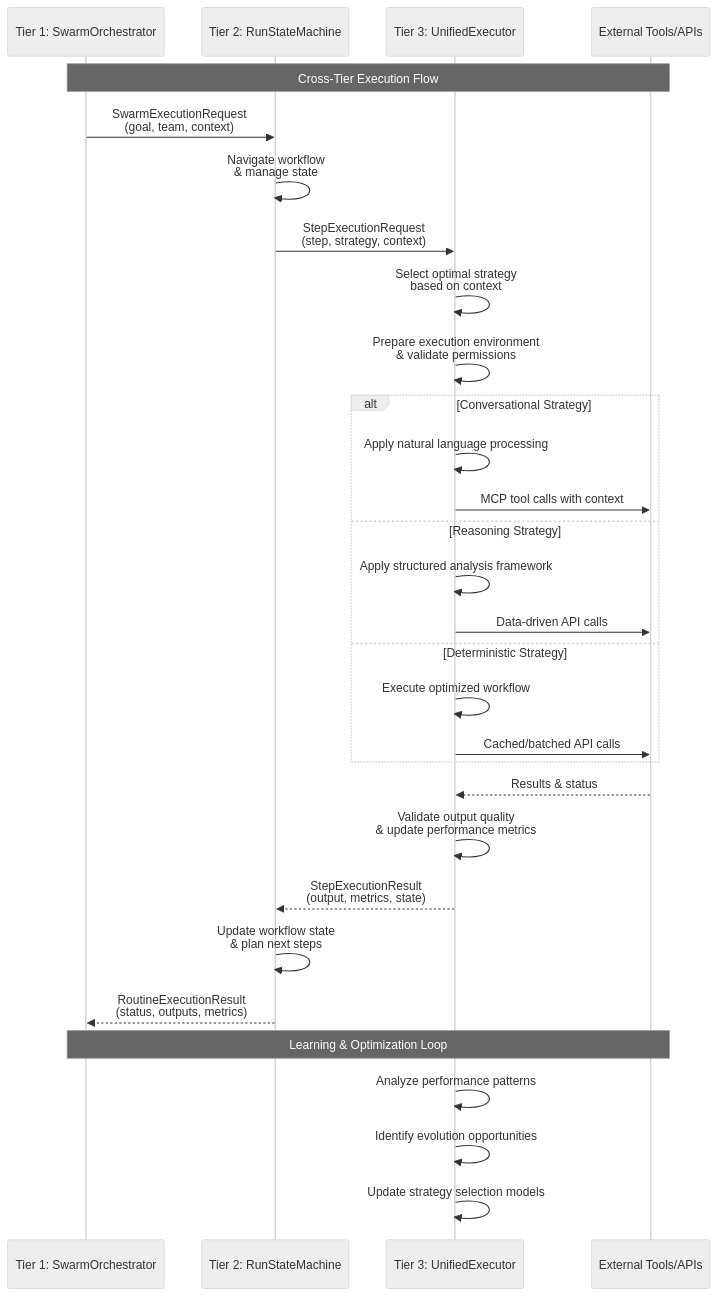
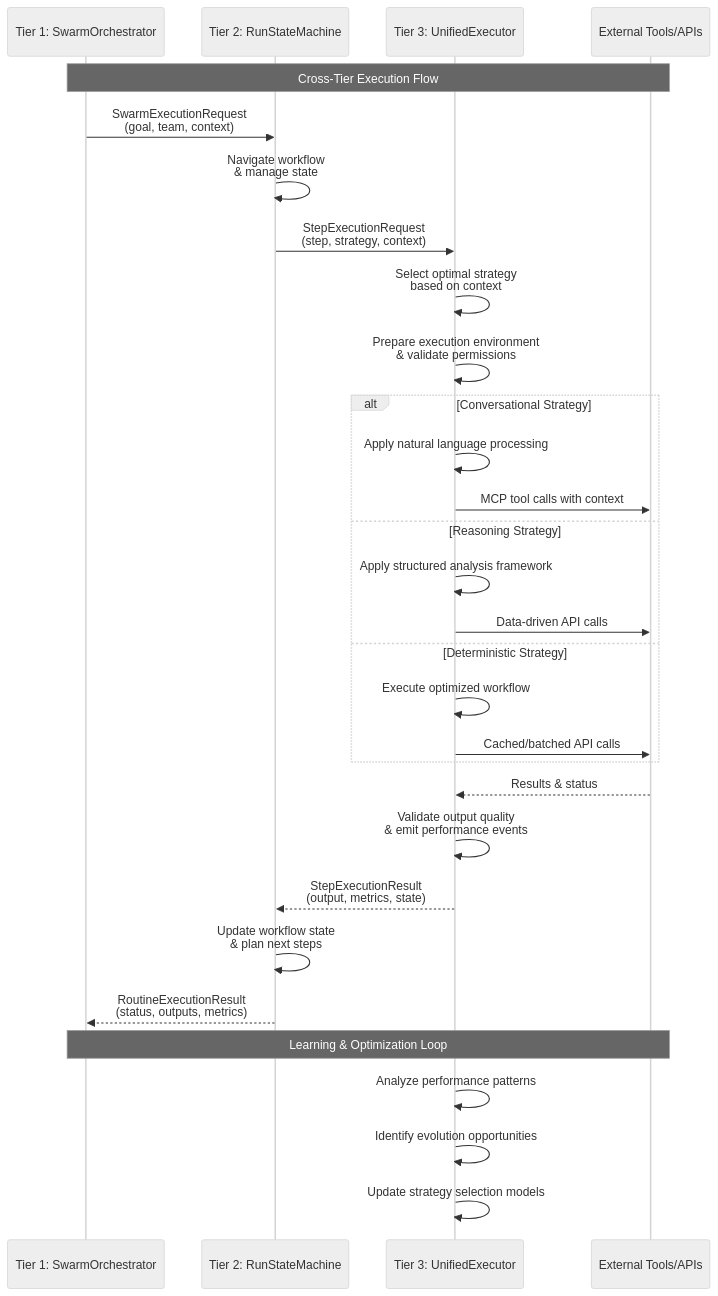
Diagram 28 of 51 in docs/ai-execution-architecture.md (Vrooli/Vrooli), drawn with Mermaid (neutral theme) before and after one commit. The commit also changed other lines of this file, not shown here.

Commit message:
Execution architecture p7

````diff
--- a/docs/ai-execution-architecture.md
+++ b/docs/ai-execution-architecture.md
@@ -1913,39 +1810,39 @@
 ```mermaid
 sequenceDiagram
     participant T1 as Tier 1: SwarmOrchestrator
     participant T2 as Tier 2: RunStateMachine  
     participant T3 as Tier 3: UnifiedExecutor
     participant Tools as External Tools/APIs
     
     Note over T1,Tools: Cross-Tier Execution Flow
     
     T1->>T2: SwarmExecutionRequest<br/>(goal, team, context)
     T2->>T2: Navigate workflow<br/>& manage state
     T2->>T3: StepExecutionRequest<br/>(step, strategy, context)
     
     T3->>T3: Select optimal strategy<br/>based on context
     T3->>T3: Prepare execution environment<br/>& validate permissions
     
     alt Conversational Strategy
         T3->>T3: Apply natural language processing
         T3->>Tools: MCP tool calls with context
     else Reasoning Strategy  
         T3->>T3: Apply structured analysis framework
         T3->>Tools: Data-driven API calls
     else Deterministic Strategy
         T3->>T3: Execute optimized workflow
         T3->>Tools: Cached/batched API calls
     end
     
     Tools-->>T3: Results & status
-    T3->>T3: Validate output quality<br/>& update performance metrics
+    T3->>T3: Validate output quality<br/>& emit performance events
     T3-->>T2: StepExecutionResult<br/>(output, metrics, state)
     
     T2->>T2: Update workflow state<br/>& plan next steps
     T2-->>T1: RoutineExecutionResult<br/>(status, outputs, metrics)
     
     Note over T1,Tools: Learning & Optimization Loop
     T3->>T3: Analyze performance patterns
     T3->>T3: Identify evolution opportunities
     T3->>T3: Update strategy selection models
 ```
````
